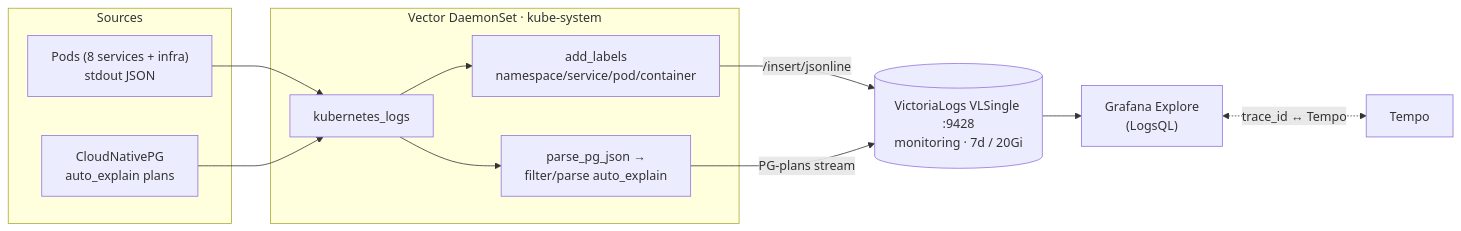
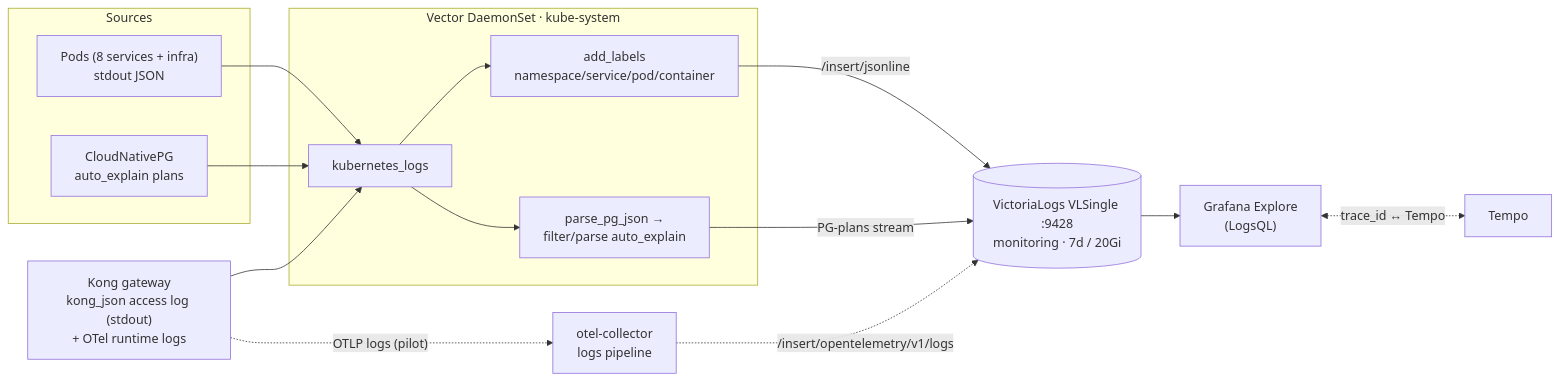
Before and after one commit to duynhlab/homelab: the diagram in docs/observability/logging/README.md, drawn with Mermaid. The commit also changed other lines of this file and 9 other files, not shown here.

First line of the commit message:
Add JSON access logs + Kong OTel-logs pilot (#417)

````diff
--- a/docs/observability/logging/README.md
+++ b/docs/observability/logging/README.md
@@ -39,20 +39,24 @@
 ```mermaid
 flowchart LR
     subgraph sources["Sources"]
         Pods["Pods (8 services + infra)<br/>stdout JSON"]
         CNPG["CloudNativePG<br/>auto_explain plans"]
     end
     subgraph vector["Vector DaemonSet · kube-system"]
         KL["kubernetes_logs"]
         AL["add_labels<br/>namespace/service/pod/container"]
         PG["parse_pg_json →<br/>filter/parse auto_explain"]
     end
+    KONG["Kong gateway<br/>kong_json access log (stdout)<br/>+ OTel runtime logs"]
     Pods --> KL
     CNPG --> KL
+    KONG --> KL
     KL --> AL
     KL --> PG
     AL -->|"/insert/jsonline"| VL[("VictoriaLogs VLSingle :9428<br/>monitoring · 7d / 20Gi")]
     PG -->|"PG-plans stream"| VL
+    KONG -.->|"OTLP logs (pilot)"| COL["otel-collector<br/>logs pipeline"]
+    COL -.->|"/insert/opentelemetry/v1/logs"| VL
     VL --> GRAF["Grafana Explore<br/>(LogsQL)"]
     GRAF <-. "trace_id ↔ Tempo" .-> TEMPO["Tempo"]
 ```
````
